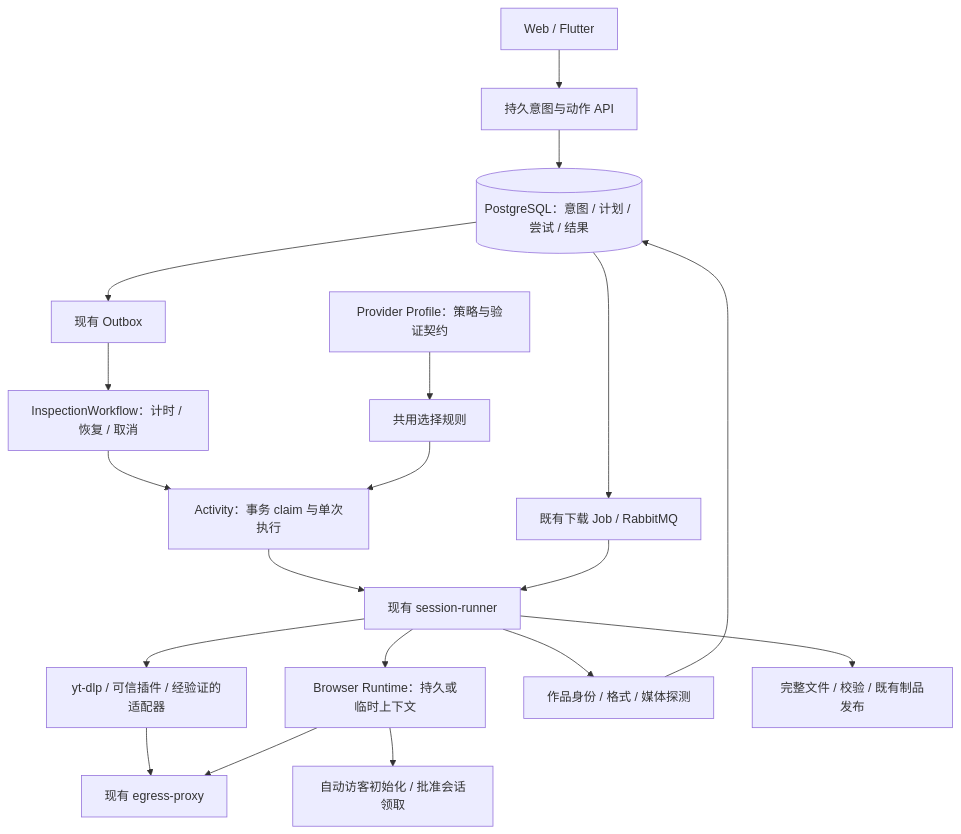
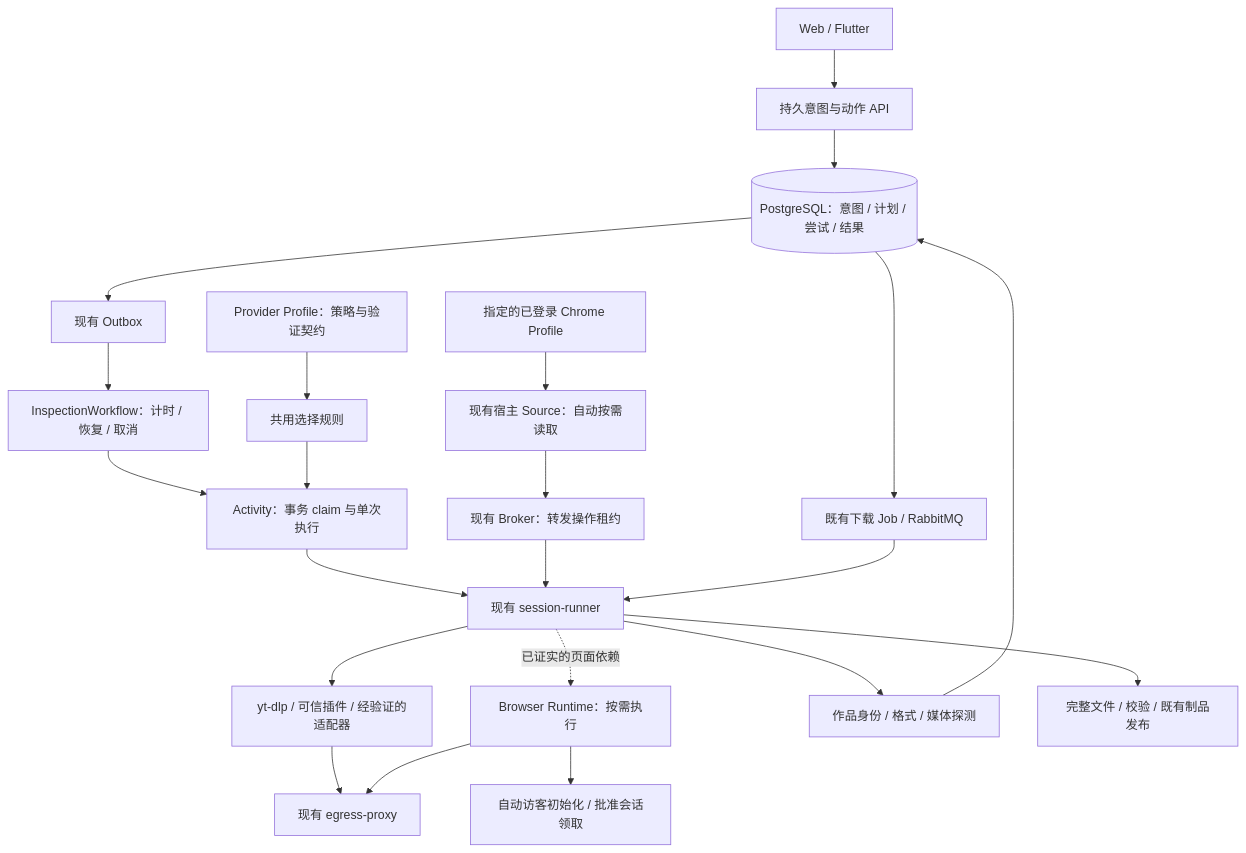
The diagram in docs/design/17-通用解析架构与实施计划.md (StephenQiu30/framefetch), drawn with Mermaid before and after one commit. The commit also changed other lines of this file, not shown here.

Commit message:
docs(runner): 收敛登录态复用与冷启动调研计划

```diff
--- a/docs/design/17-通用解析架构与实施计划.md
+++ b/docs/design/17-通用解析架构与实施计划.md
@@ -38,21 +46,24 @@
 ~~~mermaid
 flowchart TD
   Client[Web / Flutter] --> API[持久意图与动作 API]
   API --> PG[(PostgreSQL：意图 / 计划 / 尝试 / 结果)]
   PG --> Outbox[现有 Outbox]
   Outbox --> WF[InspectionWorkflow：计时 / 恢复 / 取消]
   WF --> A[Activity：事务 claim 与单次执行]
   Registry[Provider Profile：策略与验证契约] --> Policy[共用选择规则]
   Policy --> A
   A --> Runner[现有 session-runner]
+  Chrome[指定的已登录 Chrome Profile] --> Source[现有宿主 Source：自动按需读取]
+  Source --> Broker[现有 Broker：转发操作租约]
+  Broker --> Runner
   Runner --> HTTP[yt-dlp / 可信插件 / 经验证的适配器]
-  Runner --> Browser[Browser Runtime：持久或临时上下文]
+  Runner -.已证实的页面依赖.-> Browser[Browser Runtime：按需执行]
   Browser --> Preparation[自动访客初始化 / 批准会话领取]
   HTTP --> Egress[现有 egress-proxy]
   Browser --> Egress
   Runner --> Result[作品身份 / 格式 / 媒体探测]
   Result --> PG
   PG --> Download[既有下载 Job / RabbitMQ]
   Download --> Runner
   Runner --> Artifact[完整文件 / 校验 / 既有制品发布]
 ~~~
```
